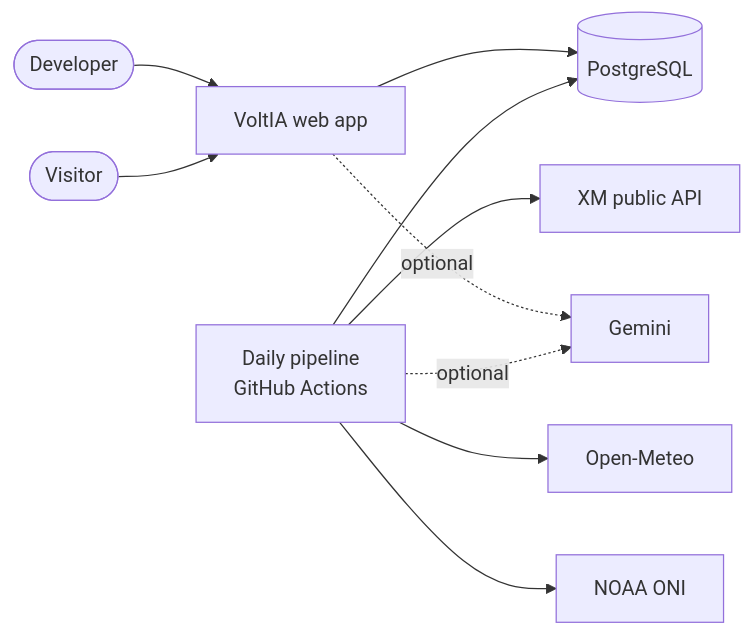
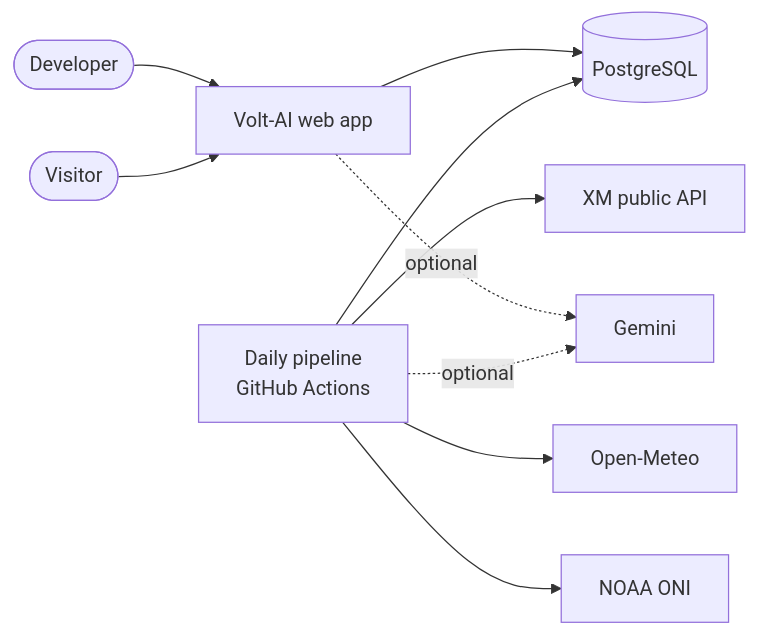
One commit to Cabranchis/volt-ai changed the first of 2 diagrams in docs/architecture.md. Above: the diagram before and after it, drawn with Mermaid. The commit also changed 25 other files, not shown here.

````diff
--- a/docs/architecture.md
+++ b/docs/architecture.md
@@ -5,12 +5,12 @@
 ```mermaid
 flowchart LR
-    V([Visitor]) --> W[VoltIA web app]
+    V([Visitor]) --> W[Volt-AI web app]
     D([Developer]) --> W
     P[Daily pipeline<br/>GitHub Actions] --> DB[(PostgreSQL)]
     W --> DB
     P --> XM[XM public API]
     P --> OM[Open-Meteo]
     P --> NOAA[NOAA ONI]
     P -.optional.-> G[Gemini]
     W -.optional.-> G
 ```
````
